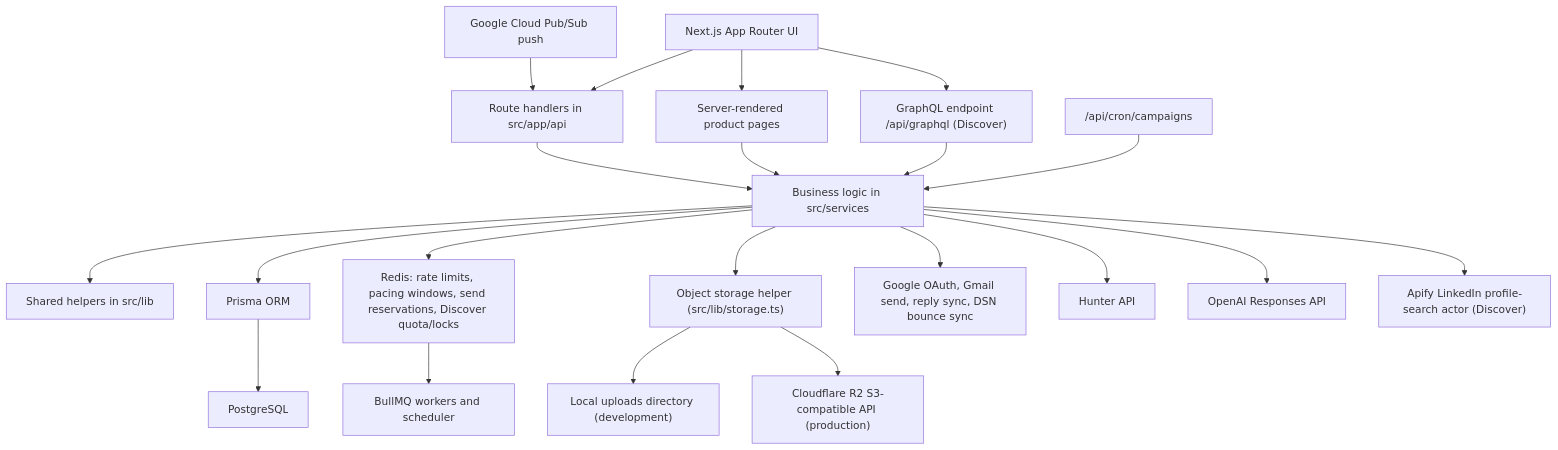
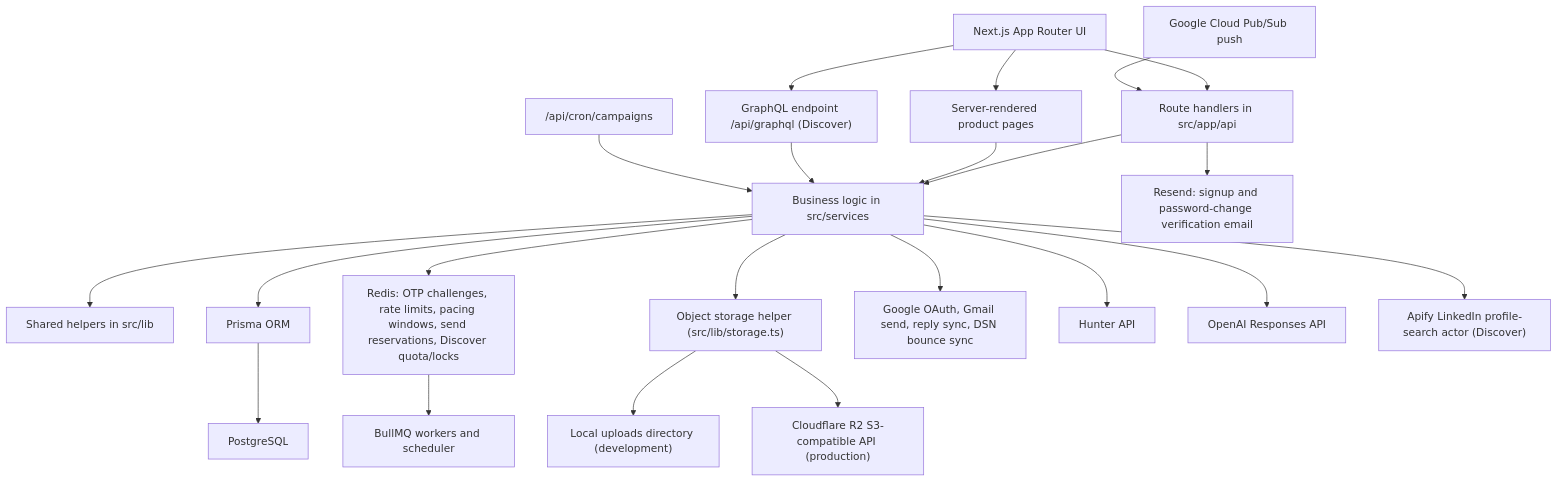
One commit to ka8540/Sendloom changed the second of 4 diagrams in README.md. Above: the diagram before and after it, drawn with Mermaid. The commit also changed other lines of this file and 1 other file, not shown here.

Commit message:
Document secure email OTP verification

````diff
--- a/README.md
+++ b/README.md
@@ -90,23 +91,24 @@
 ```mermaid
 flowchart TD
     UI["Next.js App Router UI"] --> API["Route handlers in src/app/api"]
     UI --> SSR["Server-rendered product pages"]
     UI --> GraphQL["GraphQL endpoint /api/graphql (Discover)"]
     API --> Services["Business logic in src/services"]
     SSR --> Services
     GraphQL --> Services
     Services --> Lib["Shared helpers in src/lib"]
     Services --> Prisma["Prisma ORM"]
     Prisma --> Postgres["PostgreSQL"]
-    Services --> Redis["Redis: rate limits, pacing windows, send reservations, Discover quota/locks"]
+    Services --> Redis["Redis: OTP challenges, rate limits, pacing windows, send reservations, Discover quota/locks"]
     Redis --> Workers["BullMQ workers and scheduler"]
     Services --> Storage["Object storage helper (src/lib/storage.ts)"]
     Storage --> Local["Local uploads directory (development)"]
     Storage --> R2["Cloudflare R2 S3-compatible API (production)"]
     Services --> Google["Google OAuth, Gmail send, reply sync, DSN bounce sync"]
+    API --> Resend["Resend: signup and password-change verification email"]
     Services --> Hunter["Hunter API"]
     Services --> OpenAI["OpenAI Responses API"]
     Services --> Apify["Apify LinkedIn profile-search actor (Discover)"]
     Cron["/api/cron/campaigns"] --> Services
     PubSub["Google Cloud Pub/Sub push"] --> API
 ```
````
